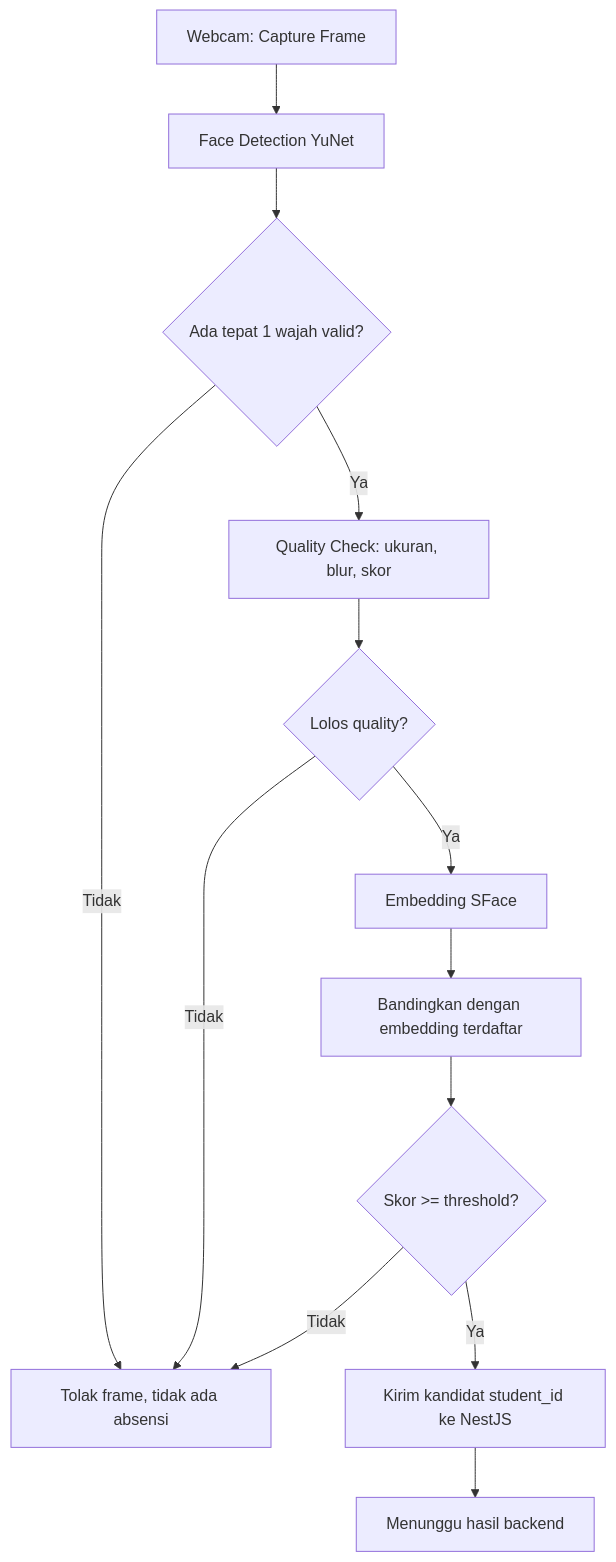
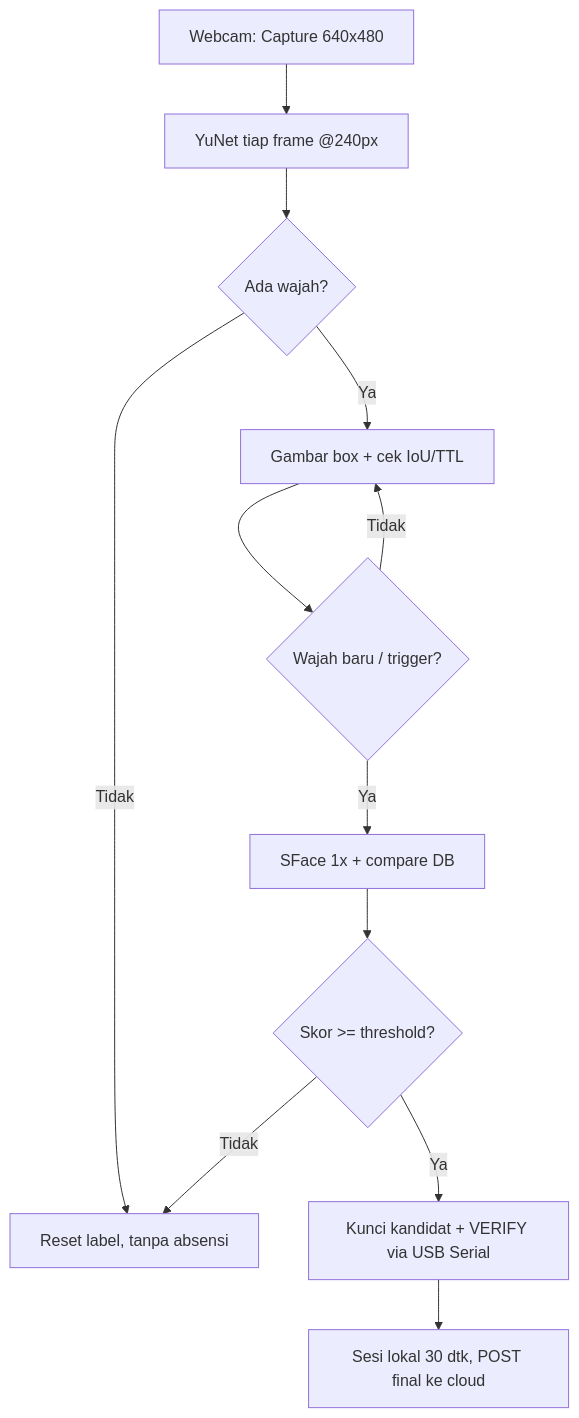
The first of 2 diagrams in ObsidianAllProgramSK/docs/face-recognition.md (DandiKurnia/ProyekSK), drawn with Mermaid before and after one commit. The commit also changed other lines of this file and 18 other files, not shown here.

Commit message:
docs(arch): adopt Next.js + Supabase + USB serial topology and record daily log

````diff
--- a/ObsidianAllProgramSK/docs/face-recognition.md
+++ b/ObsidianAllProgramSK/docs/face-recognition.md
@@ -182,15 +191,14 @@
 ```mermaid
 flowchart TB
-    A[Webcam: Capture Frame] --> B[Face Detection YuNet]
-    B --> C{Ada tepat 1 wajah valid?}
-    C -- Tidak --> Z[Tolak frame, tidak ada absensi]
-    C -- Ya --> D[Quality Check: ukuran, blur, skor]
-    D --> E{Lolos quality?}
-    E -- Tidak --> Z
-    E -- Ya --> F[Embedding SFace]
-    F --> G[Bandingkan dengan embedding terdaftar]
-    G --> H{Skor >= threshold?}
-    H -- Tidak --> Z
-    H -- Ya --> I[Kirim kandidat student_id ke NestJS]
-    I --> J[Menunggu hasil backend]
+    A[Webcam: Capture 640x480] --> B[YuNet tiap frame @240px]
+    B --> C{Ada wajah?}
+    C -- Tidak --> Z[Reset label, tanpa absensi]
+    C -- Ya --> D[Gambar box + cek IoU/TTL]
+    D --> E{Wajah baru / trigger?}
+    E -- Tidak --> D
+    E -- Ya --> F[SFace 1x + compare DB]
+    F --> G{Skor >= threshold?}
+    G -- Tidak --> Z
+    G -- Ya --> H[Kunci kandidat + VERIFY via USB Serial]
+    H --> I[Sesi lokal 30 dtk, POST final ke cloud]
 ```
````
